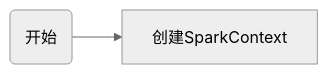
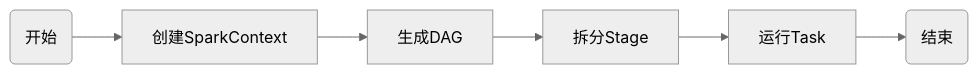
Before and after one commit to panladen/gitbook: the diagram in 2-run architecture.md, drawn with Mermaid (neutral theme).

Commit message:
Updates 2-run architecture.md
Auto commit by GitBook Editor

````diff
--- a/2-run architecture.md
+++ b/2-run architecture.md
@@ -84,4 +84,4 @@
 ```{mermaid}
 graph LR
-  A(开始)-->B[创建SparkContext]
+  A(开始)-->B[创建SparkContext]-->C[生成DAG]-->D[拆分Stage]-->E[运行Task]-->F(结束)
 ```
````
